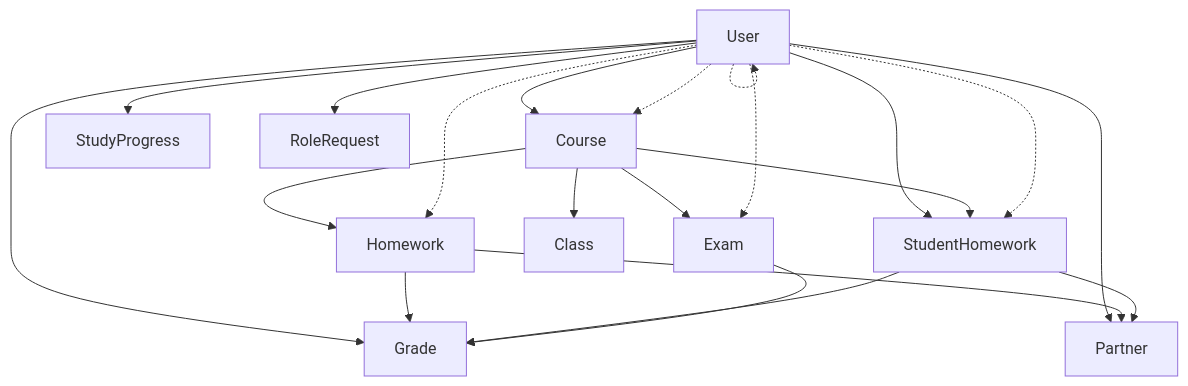
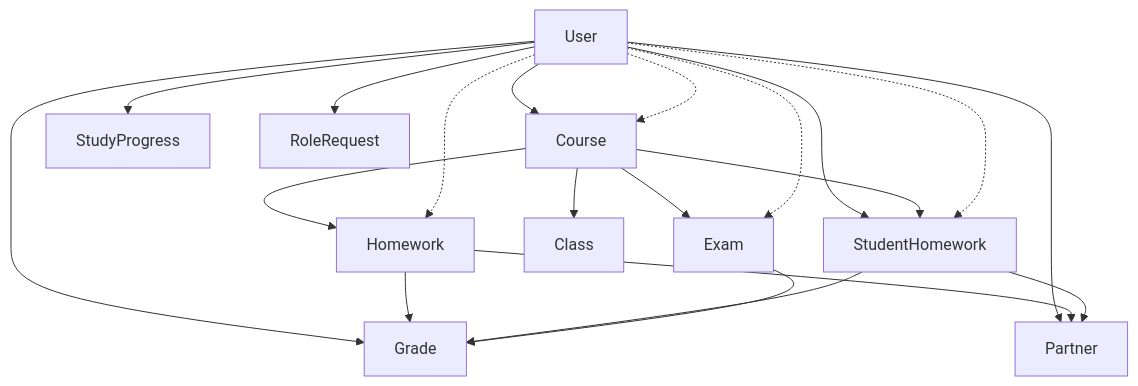
One commit to ayakhawalid/Moodle-Homework-Planner changed the diagram in docs/DATABASE_MAP.md. Above: the diagram before and after it, drawn with Mermaid. The commit also changed other lines of this file and 14 other files, not shown here.

````diff
--- a/docs/DATABASE_MAP.md
+++ b/docs/DATABASE_MAP.md
@@ -47,39 +47,38 @@
 ```mermaid
 graph TB
     User[User]
     Course[Course]
     Homework[Homework]
     StudentHomework[StudentHomework]
     Grade[Grade]
     Partner[Partner]
     Class[Class]
     Exam[Exam]
     StudyProgress[StudyProgress]
     RoleRequest[RoleRequest]
     
     User --> Course
     User --> Grade
     User --> StudyProgress
     User --> RoleRequest
     User --> StudentHomework
     User --> Partner
     
     Course --> Class
     Course --> Homework
     Course --> Exam
     Course --> StudentHomework
     
     Homework --> Grade
     Homework --> Partner
     
     StudentHomework --> Grade
     StudentHomework --> Partner
     
     Exam --> Grade
     
     User -.-> Course
     User -.-> Homework
     User -.-> StudentHomework
     User -.-> Exam
-    User -.-> User
 ```
````
